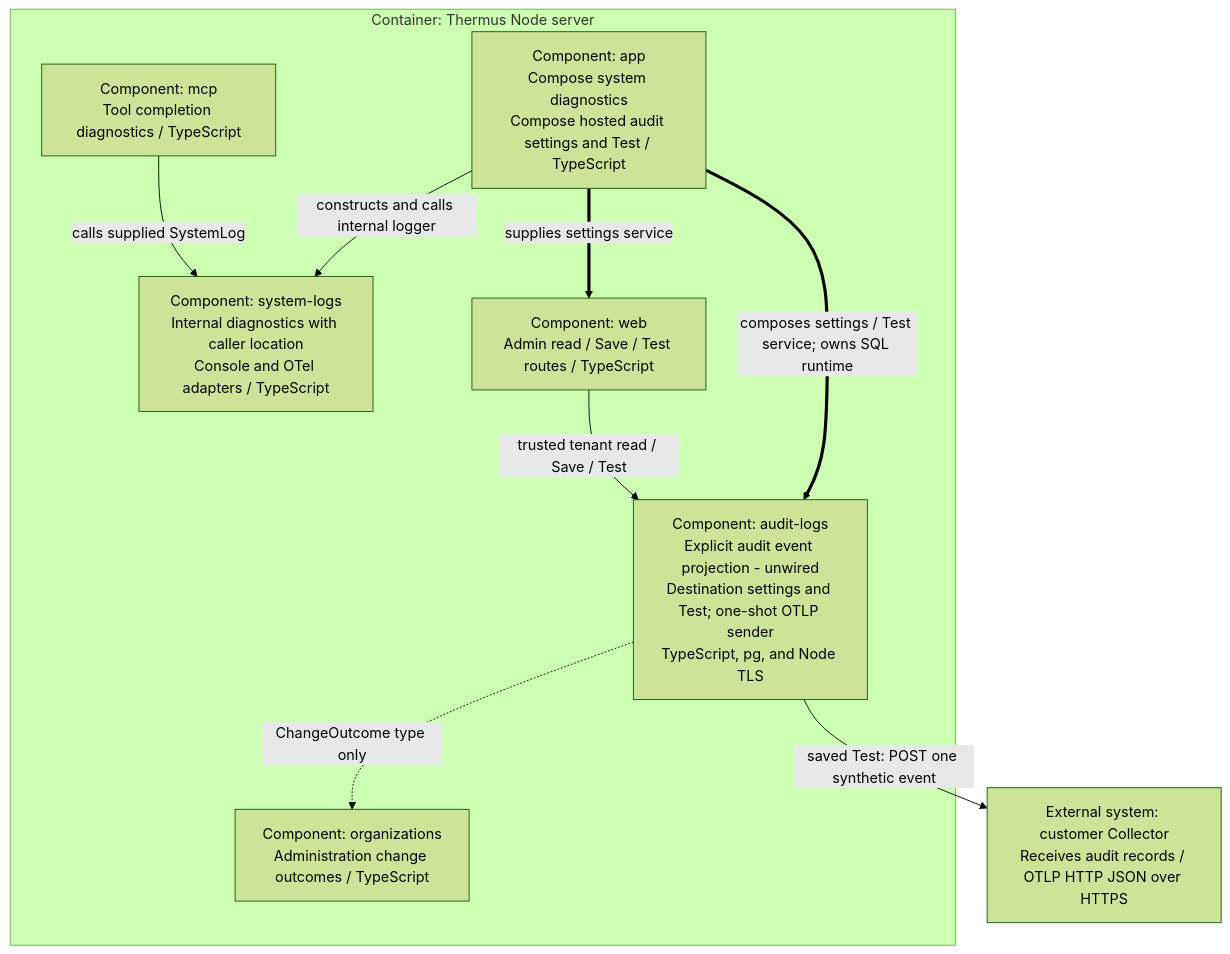
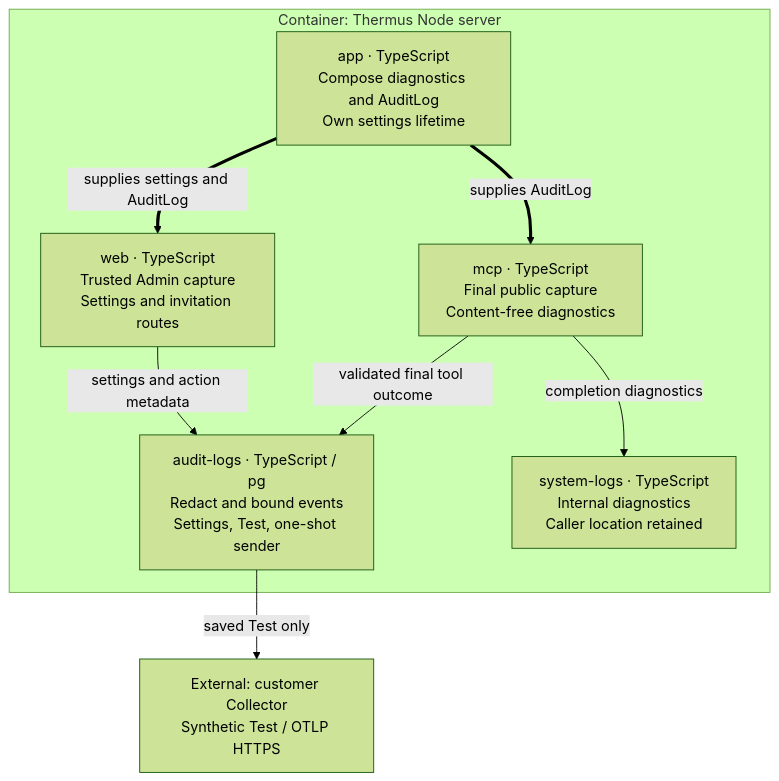
The seventh of 13 diagrams in architecture/components.md (tomer-mayara/Thermus), drawn with Mermaid (forest theme) before and after one commit. The commit also changed other lines of this file and 49 other files, not shown here.

Commit message:
feat(audit): capture bounded customer events and isolate System content

````diff
--- a/architecture/components.md
+++ b/architecture/components.md
@@ -302,19 +305,17 @@
 ```mermaid
 flowchart TB
   subgraph logs_server["Container: Thermus Node server"]
-    logs_app["Component: app<br/>Compose system diagnostics<br/>Compose hosted audit settings and Test / TypeScript"]
-    logs_mcp["Component: mcp<br/>Tool completion diagnostics / TypeScript"]
-    logs_system["Component: system-logs<br/>Internal diagnostics with caller location<br/>Console and OTel adapters / TypeScript"]
-    logs_audit["Component: audit-logs<br/>Explicit audit event projection - unwired<br/>Destination settings and Test; one-shot OTLP sender<br/>TypeScript, pg, and Node TLS"]
-    logs_web["Component: web<br/>Admin read / Save / Test routes / TypeScript"]
-    logs_org["Component: organizations<br/>Administration change outcomes / TypeScript"]
+    logs_app["app · TypeScript<br/>Compose diagnostics and AuditLog<br/>Own settings lifetime"]
+    logs_mcp["mcp · TypeScript<br/>Final public capture<br/>Content-free diagnostics"]
+    logs_web["web · TypeScript<br/>Trusted Admin capture<br/>Settings and invitation routes"]
+    logs_audit["audit-logs · TypeScript / pg<br/>Redact and bound events<br/>Settings, Test, one-shot sender"]
+    logs_system["system-logs · TypeScript<br/>Internal diagnostics<br/>Caller location retained"]
   end
-  logs_collector["External system: customer Collector<br/>Receives audit records / OTLP HTTP JSON over HTTPS"]
-  logs_app -->|constructs and calls internal logger| logs_system
-  logs_mcp -->|calls supplied SystemLog| logs_system
-  logs_app ==>|composes settings / Test service; owns SQL runtime| logs_audit
-  logs_app ==>|supplies settings service| logs_web
-  logs_web -->|trusted tenant read / Save / Test| logs_audit
-  logs_audit -.->|ChangeOutcome type only| logs_org
-  logs_audit -->|saved Test: POST one synthetic event| logs_collector
+  logs_collector["External: customer Collector<br/>Synthetic Test / OTLP HTTPS"]
+  logs_app ==>|supplies AuditLog| logs_mcp
+  logs_app ==>|supplies settings and AuditLog| logs_web
+  logs_mcp -->|validated final tool outcome| logs_audit
+  logs_web -->|settings and action metadata| logs_audit
+  logs_mcp -->|completion diagnostics| logs_system
+  logs_audit -->|saved Test only| logs_collector
 ```
````
